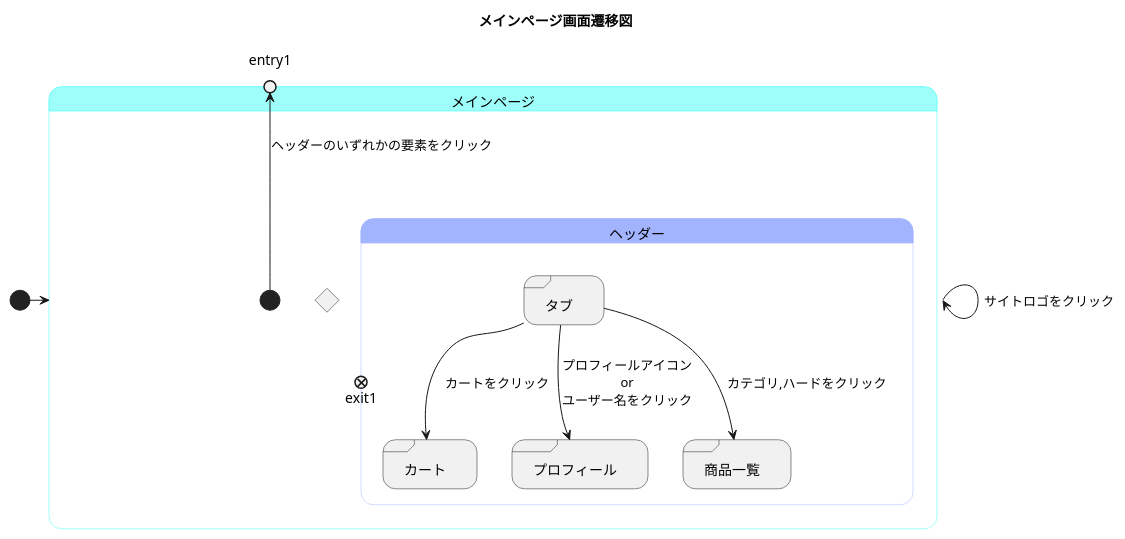
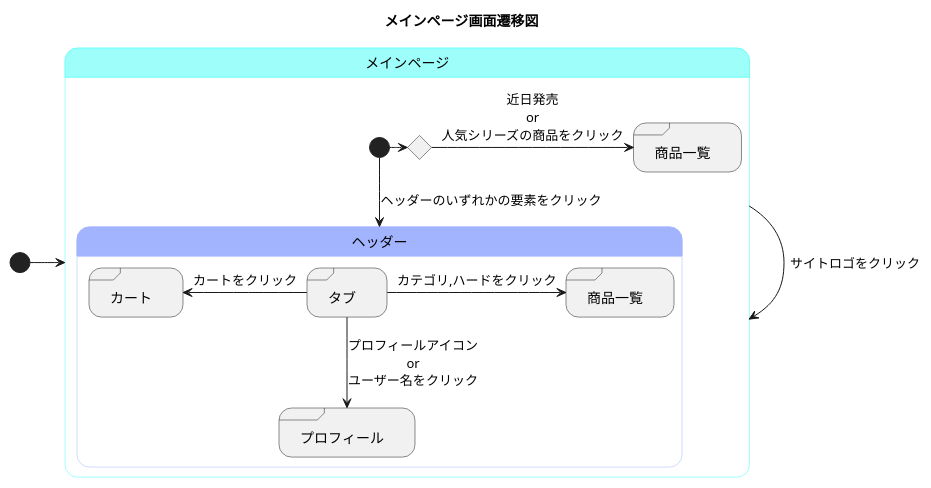
The diagram in メインページ.md (akutori/T-D-E), drawn with PlantUML before and after one commit.

Commit message:
不要な要素を排除＆遷移追加

````diff
--- a/メインページ.md
+++ b/メインページ.md
@@ -1,36 +1,38 @@
 ```uml
 @startuml
 title メインページ画面遷移図
 
 [*]->メインページ
 state メインページ<<mainpage>>{
-    state ifinputmain <<choice>>
+    state ifinput<<choice>>
+    state "商品一覧" as maintogoods<<sdlreceive>>
 
+    [*]-->ヘッダー : ヘッダーのいずれかの要素をクリック
     メインページ -> メインページ : サイトロゴをクリック
-    [*]-->entry1 : ヘッダーのいずれかの要素をクリック
+    [*]-> ifinput
+    ifinput -> maintogoods :近日発売\nor\n人気シリーズの商品をクリック
+    
 
     state ヘッダー<<state_headder>>{
+        
         state "タブ" as tab <<sdlreceive>>
         state "カート" as cart <<sdlreceive>>
         state "プロフィール" as profile <<sdlreceive>>
         state "商品一覧" as goods<<sdlreceive>>
-        state entry1<<entryPoint>>
-        state exit1<<exitPoint>>
 
-
-        tab -->goods : カテゴリ,ハードをクリック
-        tab -->cart : カートをクリック
+        tab ->goods : カテゴリ,ハードをクリック
+        tab -left->cart : カートをクリック
         tab -->profile : プロフィールアイコン\nor\nユーザー名をクリック
 
 
     }
 }
 
 
 skinparam stateBorderColor<<mainpage>> #40fff5
 state メインページ #9efffa
 
 skinparam stateBorderColor<<state_headder>> #a3b4ff
 state ヘッダー #a3b4ff
 @enduml
 ```
````
